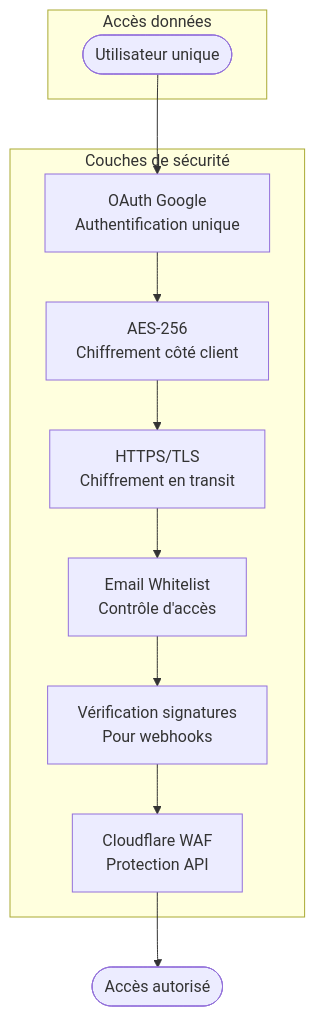
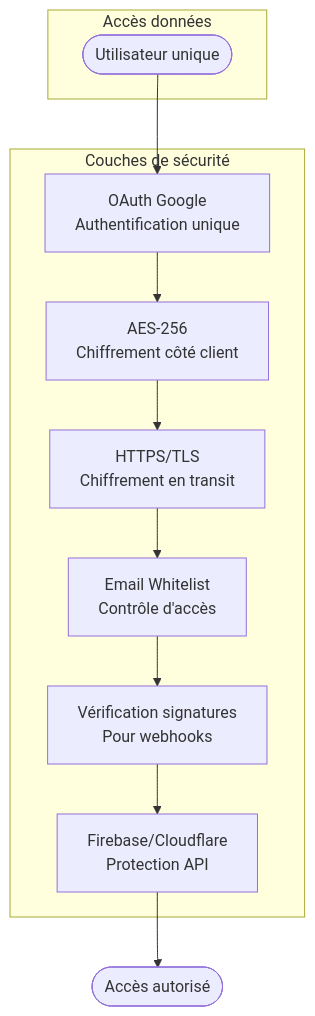
Before and after one commit to DualsFWShield/The-perfect-assistant: the fifth of 8 diagrams in ARCHITECTURE.md, drawn with Mermaid. The commit also changed other lines of this file and 1 other file, not shown here.

````diff
--- a/ARCHITECTURE.md
+++ b/ARCHITECTURE.md
@@ -93,23 +175,23 @@
 ```mermaid
 flowchart TD
     subgraph "Couches de sécurité"
         A[OAuth Google\nAuthentification unique]
         B[AES-256\nChiffrement côté client]
         C[HTTPS/TLS\nChiffrement en transit]
         D[Email Whitelist\nContrôle d'accès]
         E[Vérification signatures\nPour webhooks]
-        F[Cloudflare WAF\nProtection API]
+        F[Firebase/Cloudflare\nProtection API]
     end
     
     subgraph "Accès données"
         User([Utilisateur unique])
     end
     
     User --> A
     A --> B
     B --> C
     C --> D
     D --> E
     E --> F
     F --> Access([Accès autorisé])
 ```
````
